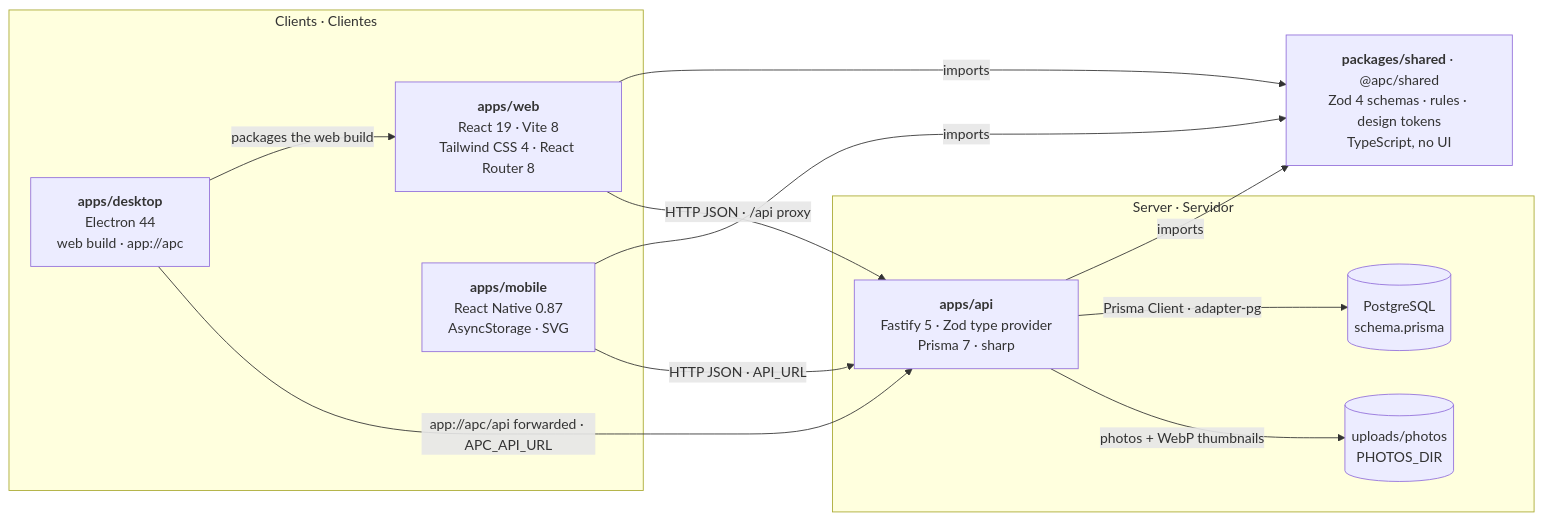
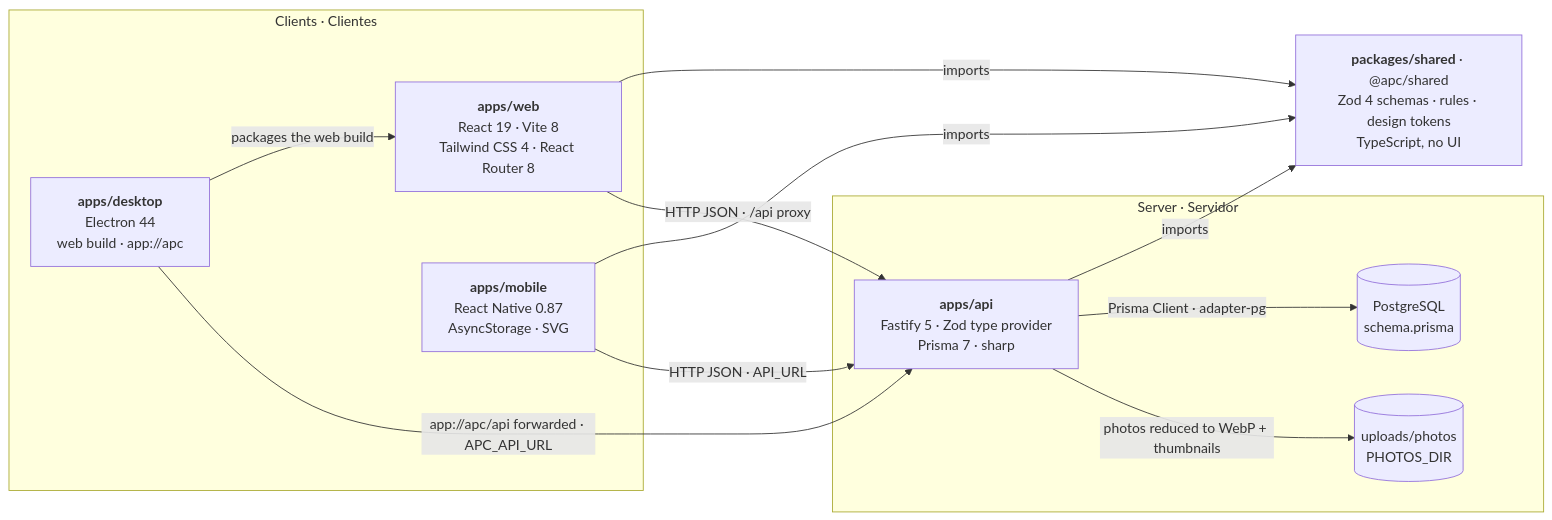
One commit to ChrisCamilo/apc-universal-repair changed the first of 5 diagrams in docs/architecture.md. Above: the diagram before and after it, drawn with Mermaid. The commit also changed other lines of this file and 1 other file, not shown here.

Commit message:
docs: Add the photo reduction to the architecture and the home server guide

````diff
--- a/docs/architecture.md
+++ b/docs/architecture.md
@@ -11,26 +11,26 @@
 ```mermaid
 flowchart LR
     subgraph clients["Clients · Clientes"]
         web["<b>apps/web</b><br/>React 19 · Vite 8<br/>Tailwind CSS 4 · React Router 8"]
         mobile["<b>apps/mobile</b><br/>React Native 0.87<br/>AsyncStorage · SVG"]
         desktop["<b>apps/desktop</b><br/>Electron 44<br/>web build · app://apc"]
     end
 
     shared["<b>packages/shared</b> · @apc/shared<br/>Zod 4 schemas · rules · design tokens<br/>TypeScript, no UI"]
 
     subgraph server["Server · Servidor"]
         api["<b>apps/api</b><br/>Fastify 5 · Zod type provider<br/>Prisma 7 · sharp"]
         db[("PostgreSQL<br/>schema.prisma")]
         files[("uploads/photos<br/>PHOTOS_DIR")]
     end
 
     web -- imports --> shared
     desktop -- "packages the web build" --> web
     mobile -- imports --> shared
     api -- imports --> shared
     web -- "HTTP JSON · /api proxy" --> api
     mobile -- "HTTP JSON · API_URL" --> api
     desktop -- "app://apc/api forwarded · APC_API_URL" --> api
     api -- "Prisma Client · adapter-pg" --> db
-    api -- "photos + WebP thumbnails" --> files
+    api -- "photos reduced to WebP + thumbnails" --> files
 ```
````
